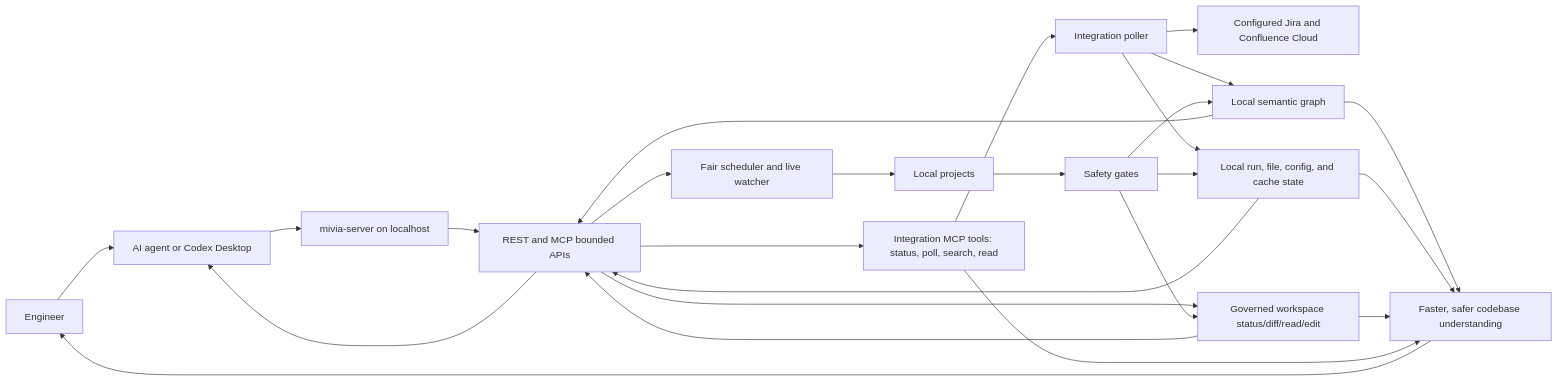
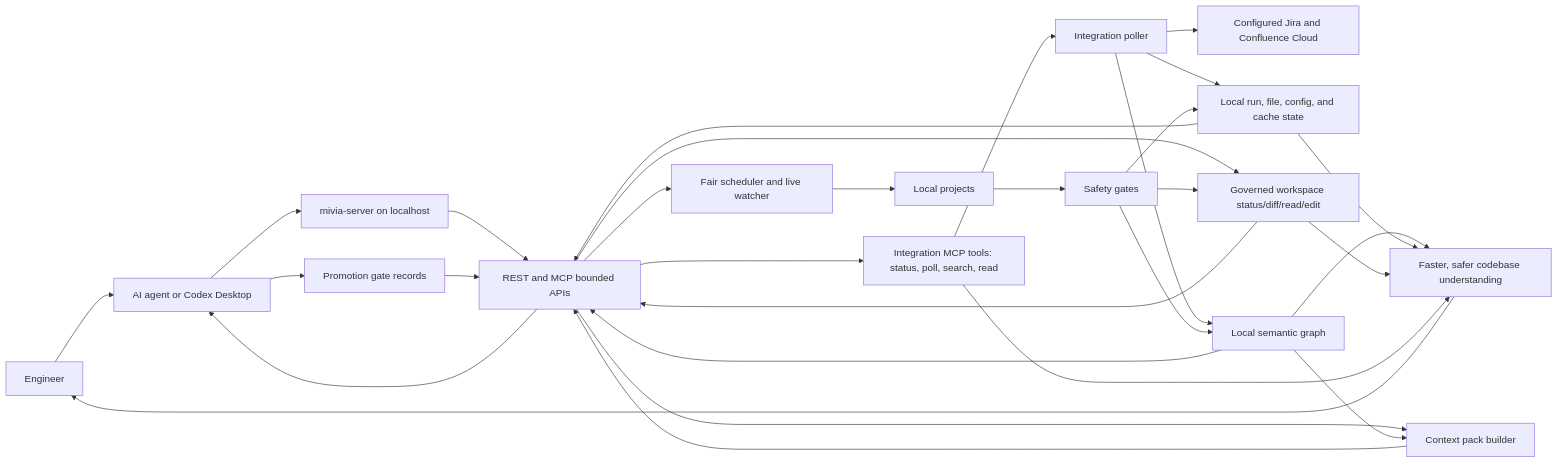
The second of 4 diagrams in README.md (MiviaLabs/go-mivia), drawn with Mermaid before and after one commit. The commit also changed other lines of this file and 30 other files, not shown here.

Commit message:
Add context packs and promotion gates

````diff
--- a/README.md
+++ b/README.md
@@ -116,42 +127,49 @@
 ```mermaid
 flowchart LR
   Engineer["Engineer"]
   Agent["AI agent or Codex Desktop"]
   Server["mivia-server on localhost"]
   Projects["Local projects"]
   Atlassian["Configured Jira and Confluence Cloud"]
   Scheduler["Fair scheduler and live watcher"]
   Poller["Integration poller"]
   Safety["Safety gates"]
   Graph["Local semantic graph"]
   SQLite["Local run, file, config, and cache state"]
   APIs["REST and MCP bounded APIs"]
   Workspace["Governed workspace status/diff/read/edit"]
   IntegrationTools["Integration MCP tools: status, poll, search, read"]
+  ContextPack["Context pack builder"]
+  Promotion["Promotion gate records"]
 
   Engineer --> Agent
   Agent --> Server
   Server --> APIs
   APIs --> Workspace
   APIs --> IntegrationTools
+  APIs --> ContextPack
   APIs --> Scheduler
   Scheduler --> Projects
   Projects --> Safety
   IntegrationTools --> Poller
   Poller --> Atlassian
   Poller --> Graph
   Poller --> SQLite
   Safety --> Workspace
   Safety --> Graph
   Safety --> SQLite
   Graph --> APIs
   SQLite --> APIs
+  Graph --> ContextPack
+  ContextPack --> APIs
   Workspace --> APIs
   APIs --> Agent
+  Agent --> Promotion
+  Promotion --> APIs
 
   Graph --> Value["Faster, safer codebase understanding"]
   SQLite --> Value
   Workspace --> Value
   IntegrationTools --> Value
   Value --> Engineer
 ```
````
